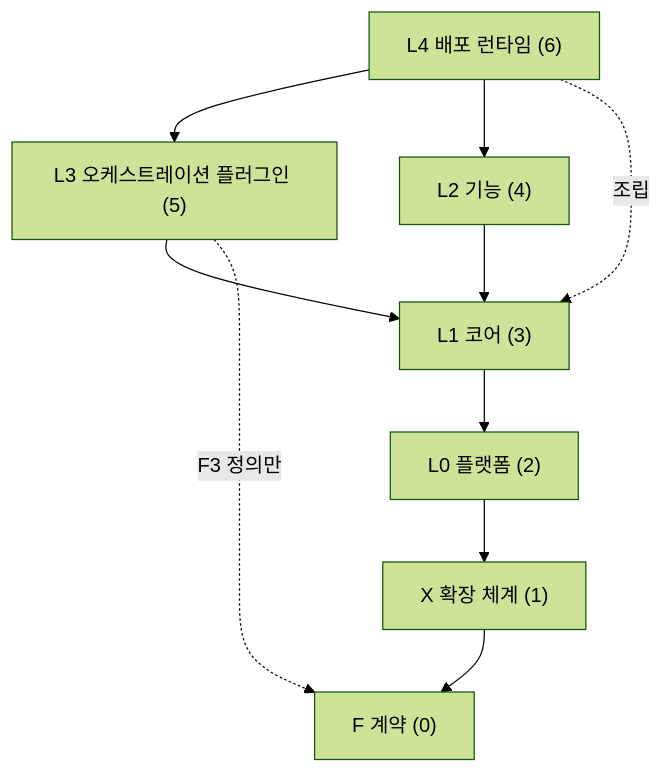
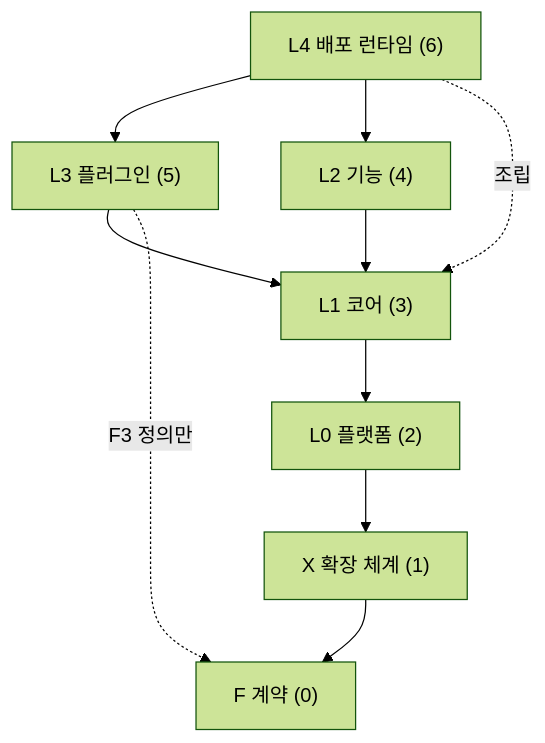
The first of 2 diagrams in docs/xeon/architecture/layers/spec.md (Rengod95/Helm-Agent_Docs_OS), drawn with Mermaid (forest theme) before and after one commit. The commit also changed other lines of this file and 91 other files, not shown here.

````diff
--- a/docs/xeon/architecture/layers/spec.md
+++ b/docs/xeon/architecture/layers/spec.md
@@ -109,19 +109,19 @@
 ```mermaid
 flowchart TB
   L4["L4 배포 런타임 (6)"]
-  L3["L3 오케스트레이션 플러그인 (5)"]
+  L3["L3 플러그인 (5)"]
   L2["L2 기능 (4)"]
   L1["L1 코어 (3)"]
   L0["L0 플랫폼 (2)"]
   X["X 확장 체계 (1)"]
   F["F 계약 (0)"]
   L4 --> L3
   L4 --> L2
   L3 --> L1
   L2 --> L1
   L1 --> L0
   L0 --> X
   X --> F
   L3 -.->|"F3 정의만"| F
   L4 -.->|"조립"| L1
 ```
````
